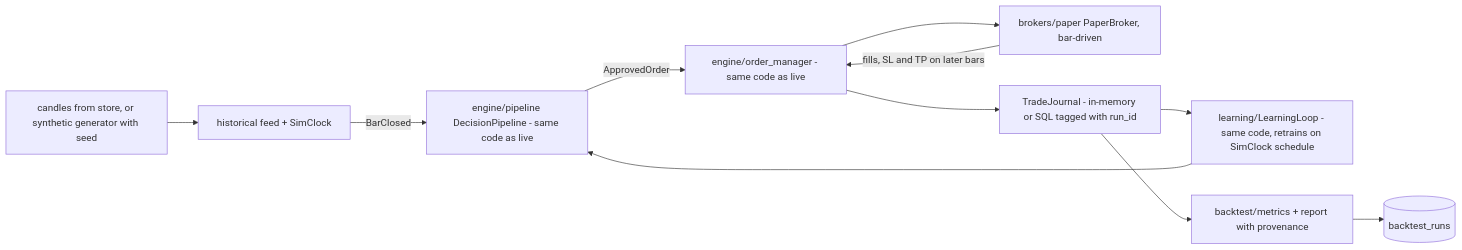
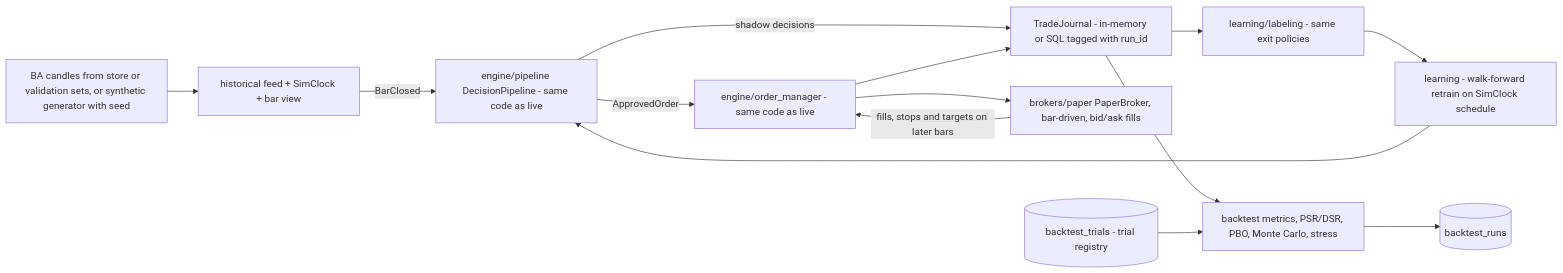
The third of 3 diagrams in docs/ARCHITECTURE.md (Ndimih-Boclair-Nghochu/the-altimate-FXHACK), drawn with Mermaid before and after one commit. The commit also changed other lines of this file and 8 other files, not shown here.

First line of the commit message:
Plan: fold research into roadmap and architecture, add MT5 stage 1b

````diff
--- a/docs/ARCHITECTURE.md
+++ b/docs/ARCHITECTURE.md
@@ -164,13 +195,16 @@
 ```mermaid
 flowchart LR
-    SRC["candles from store, or synthetic generator with seed"] --> HF["historical feed + SimClock"]
+    SRC["BA candles from store or validation sets, or synthetic generator with seed"] --> HF["historical feed + SimClock + bar view"]
     HF -->|BarClosed| PIPE["engine/pipeline DecisionPipeline - same code as live"]
     PIPE -->|ApprovedOrder| OM["engine/order_manager - same code as live"]
-    OM --> PB["brokers/paper PaperBroker, bar-driven"]
-    PB -->|fills, SL and TP on later bars| OM
+    PIPE -->|shadow decisions| J
+    OM --> PB["brokers/paper PaperBroker, bar-driven, bid/ask fills"]
+    PB -->|fills, stops and targets on later bars| OM
     OM --> J["TradeJournal - in-memory or SQL tagged with run_id"]
-    J --> LRN["learning/LearningLoop - same code, retrains on SimClock schedule"]
+    J --> LAB["learning/labeling - same exit policies"]
+    LAB --> LRN["learning - walk-forward retrain on SimClock schedule"]
     LRN --> PIPE
-    J --> MET["backtest/metrics + report with provenance"]
+    J --> MET["backtest metrics, PSR/DSR, PBO, Monte Carlo, stress"]
+    TR[("backtest_trials - trial registry")] --> MET
     MET --> RUNS[("backtest_runs")]
 ```
````
